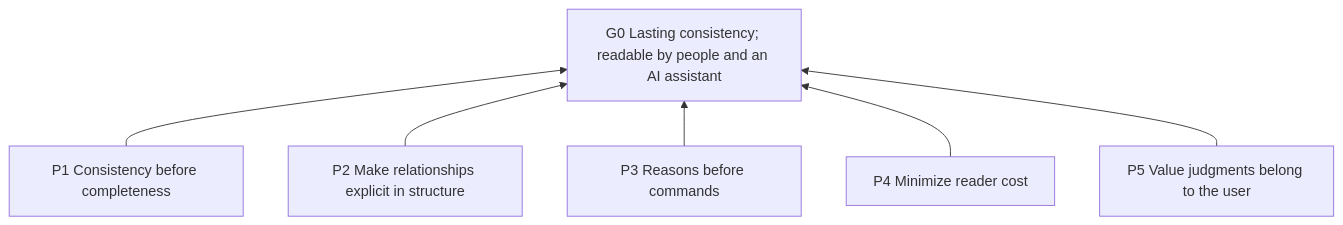
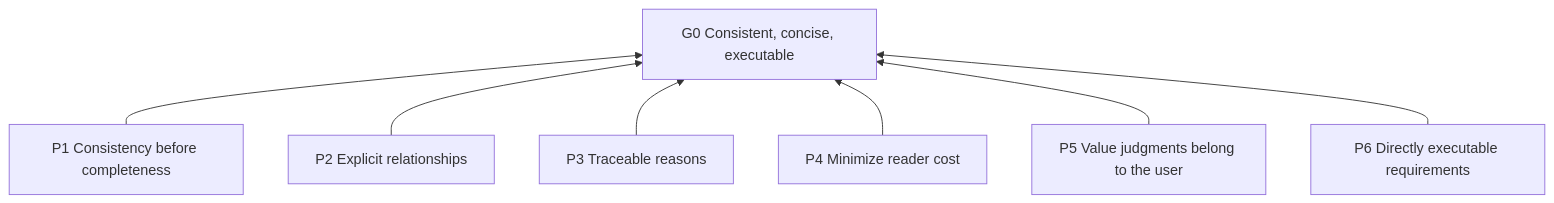
One commit to jmaxzh/solo-vibe-coding changed the diagram in skills/structuring-instruction-docs/SKILL.md. Above: the diagram before and after it, drawn with Mermaid. The commit also changed other lines of this file and 1 other file, not shown here.

````diff
--- a/skills/structuring-instruction-docs/SKILL.md
+++ b/skills/structuring-instruction-docs/SKILL.md
@@ -39,8 +39,9 @@
 ```mermaid
 flowchart BT
-    P1["P1 Consistency before completeness"] --> G0["G0 Lasting consistency; readable by people and an AI assistant"]
-    P2["P2 Make relationships explicit in structure"] --> G0
-    P3["P3 Reasons before commands"] --> G0
+    P1["P1 Consistency before completeness"] --> G0["G0 Consistent, concise, executable"]
+    P2["P2 Explicit relationships"] --> G0
+    P3["P3 Traceable reasons"] --> G0
     P4["P4 Minimize reader cost"] --> G0
     P5["P5 Value judgments belong to the user"] --> G0
+    P6["P6 Directly executable requirements"] --> G0
 ```
````
